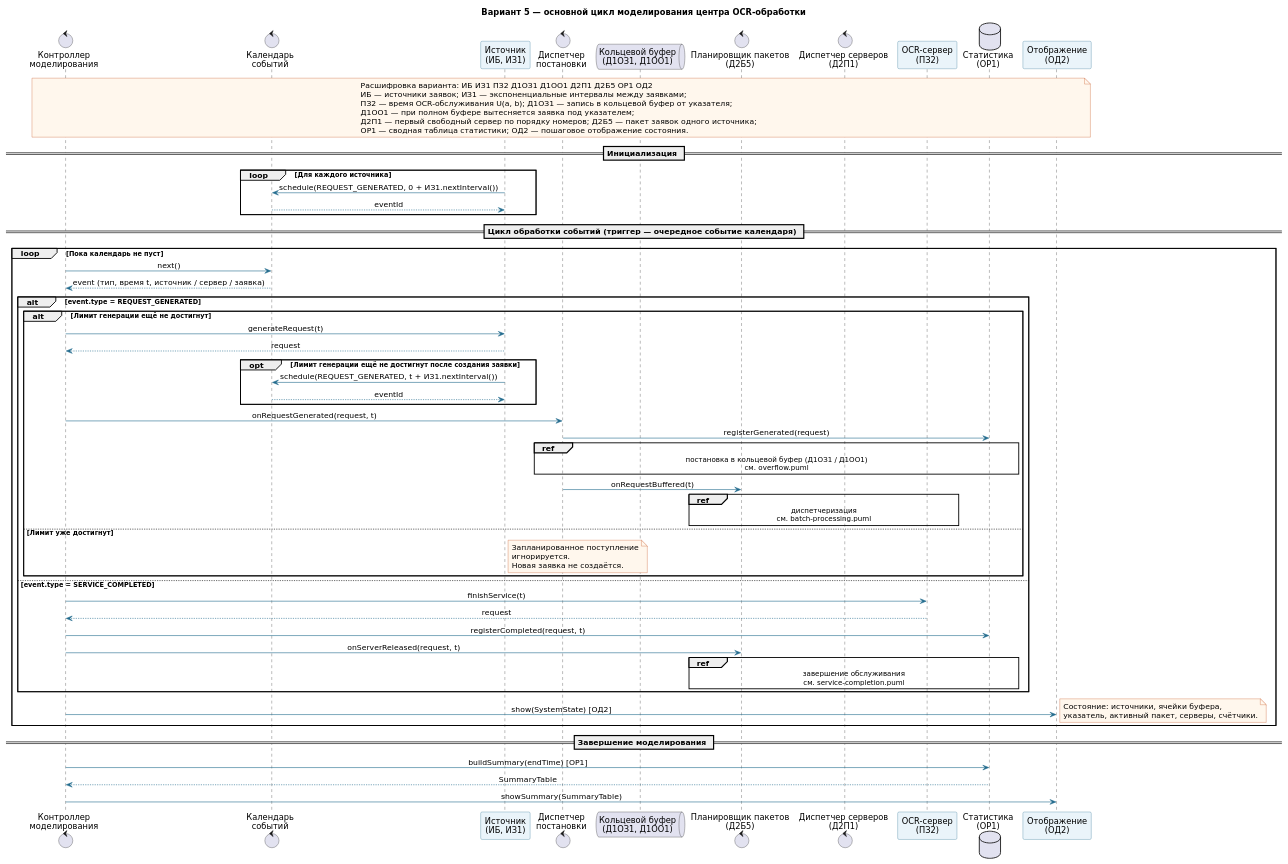
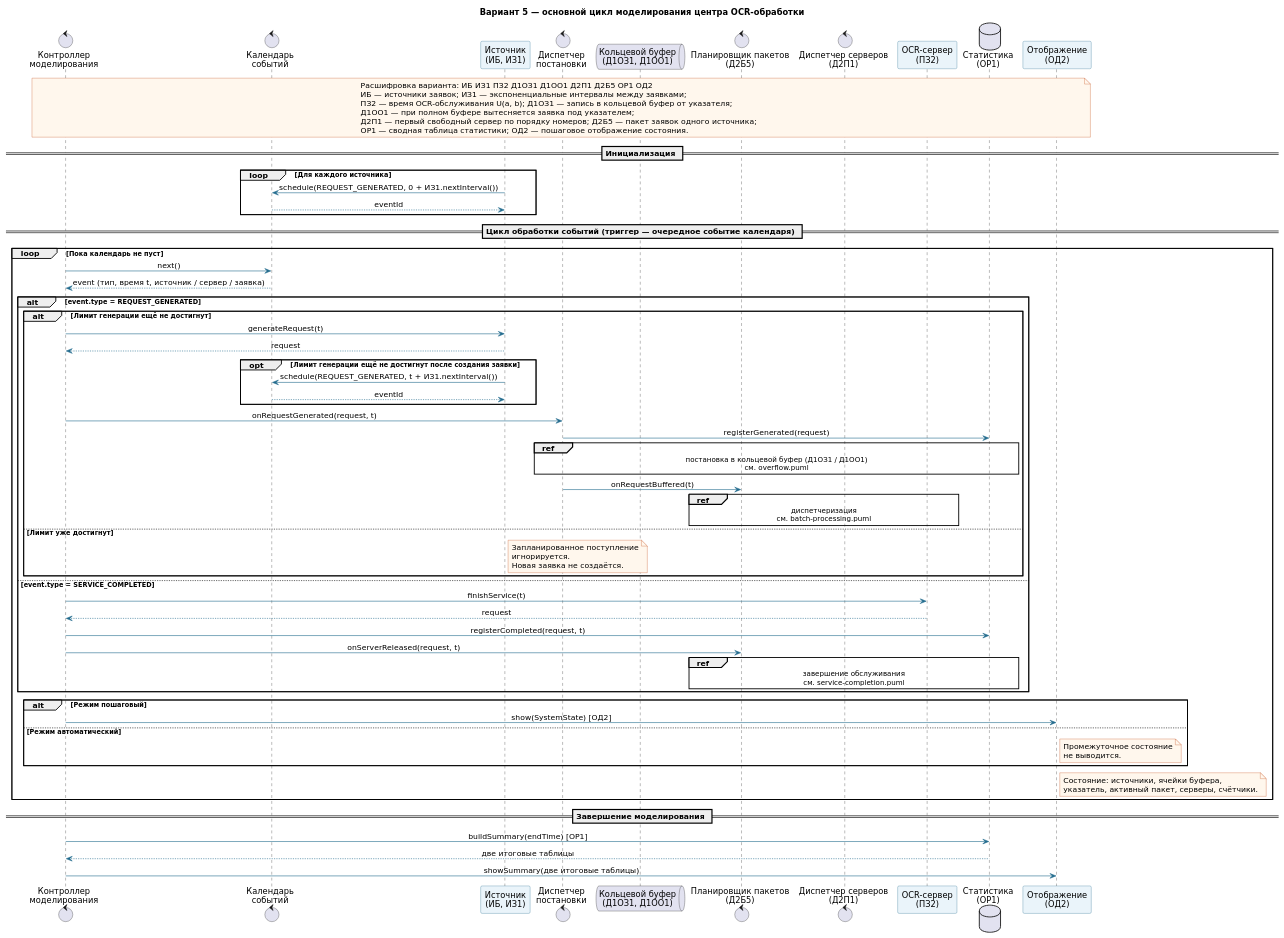
The diagram in smo-ocr-variant-5/diagrams/sequence/main-flow.puml (xanaoxx/smo-ocr-variant-5), drawn with PlantUML before and after one commit.

```diff
--- a/smo-ocr-variant-5/diagrams/sequence/main-flow.puml
+++ b/smo-ocr-variant-5/diagrams/sequence/main-flow.puml
@@ -1,86 +1,93 @@
 @startuml
 skinparam backgroundColor white
 skinparam shadowing false
 skinparam defaultFontName DejaVu Sans
 skinparam sequenceMessageAlign center
 skinparam ArrowColor #236B8E
 skinparam ParticipantBorderColor #236B8E
 skinparam ParticipantBackgroundColor #EAF4FA
 skinparam NoteBackgroundColor #FFF7ED
 skinparam NoteBorderColor #C2410C
 
 title Вариант 5 — основной цикл моделирования центра OCR-обработки
 
 control "Контроллер\nмоделирования" as Controller
 control "Календарь\nсобытий" as Calendar
 participant "Источник\n(ИБ, ИЗ1)" as Source
 control "Диспетчер\nпостановки" as Placement
 queue "Кольцевой буфер\n(Д1ОЗ1, Д1ОО1)" as Buffer
 control "Планировщик пакетов\n(Д2Б5)" as Batch
 control "Диспетчер серверов\n(Д2П1)" as ServerDispatch
 participant "OCR-сервер\n(ПЗ2)" as Worker
 database "Статистика\n(ОР1)" as Stats
 participant "Отображение\n(ОД2)" as View
 
 note over Controller, View
 Расшифровка варианта: ИБ ИЗ1 ПЗ2 Д1ОЗ1 Д1ОО1 Д2П1 Д2Б5 ОР1 ОД2
 ИБ — источники заявок; ИЗ1 — экспоненциальные интервалы между заявками;
 ПЗ2 — время OCR-обслуживания U(a, b); Д1ОЗ1 — запись в кольцевой буфер от указателя;
 Д1ОО1 — при полном буфере вытесняется заявка под указателем;
 Д2П1 — первый свободный сервер по порядку номеров; Д2Б5 — пакет заявок одного источника;
 ОР1 — сводная таблица статистики; ОД2 — пошаговое отображение состояния.
 end note
 
 == Инициализация ==
 loop Для каждого источника
   Source -> Calendar: schedule(REQUEST_GENERATED, 0 + ИЗ1.nextInterval())
   Calendar --> Source: eventId
 end
 
 == Цикл обработки событий (триггер — очередное событие календаря) ==
 loop Пока календарь не пуст
   Controller -> Calendar: next()
   Calendar --> Controller: event (тип, время t, источник / сервер / заявка)
   alt event.type = REQUEST_GENERATED
   alt Лимит генерации ещё не достигнут
     Controller -> Source: generateRequest(t)
     Source --> Controller: request
 
     opt Лимит генерации ещё не достигнут после создания заявки
       Source -> Calendar: schedule(REQUEST_GENERATED, t + ИЗ1.nextInterval())
       Calendar --> Source: eventId
     end
 
     Controller -> Placement: onRequestGenerated(request, t)
     Placement -> Stats: registerGenerated(request)
     ref over Placement, Buffer, Stats: постановка в кольцевой буфер (Д1ОЗ1 / Д1ОО1)\nсм. overflow.puml
     Placement -> Batch: onRequestBuffered(t)
     ref over Batch, ServerDispatch, Worker: диспетчеризация\nсм. batch-processing.puml
 
   else Лимит уже достигнут
     note right of Source
       Запланированное поступление
       игнорируется.
       Новая заявка не создаётся.
     end note
   end
 
 else event.type = SERVICE_COMPLETED
   Controller -> Worker: finishService(t)
   Worker --> Controller: request
   Controller -> Stats: registerCompleted(request, t)
   Controller -> Batch: onServerReleased(request, t)
   ref over Batch, Worker, Stats: завершение обслуживания\nсм. service-completion.puml
 end
-  Controller -> View: show(SystemState) [ОД2]
-  note right
-  Состояние: источники, ячейки буфера,
-  указатель, активный пакет, серверы, счётчики.
-  end note
-end
+    alt Режим пошаговый
+    Controller -> View: show(SystemState) [ОД2]
+  else Режим автоматический
+    note right of View
+      Промежуточное состояние
+      не выводится.
+    end note
+  end
+    note right of View
+    Состояние: источники, ячейки буфера,
+    указатель, активный пакет, серверы, счётчики.
+    end note
+  end
 
 == Завершение моделирования ==
 Controller -> Stats: buildSummary(endTime) [ОР1]
-Stats --> Controller: SummaryTable
-Controller -> View: showSummary(SummaryTable)
+Stats --> Controller: две итоговые таблицы
+Controller -> View: showSummary(две итоговые таблицы)
 @enduml
```
